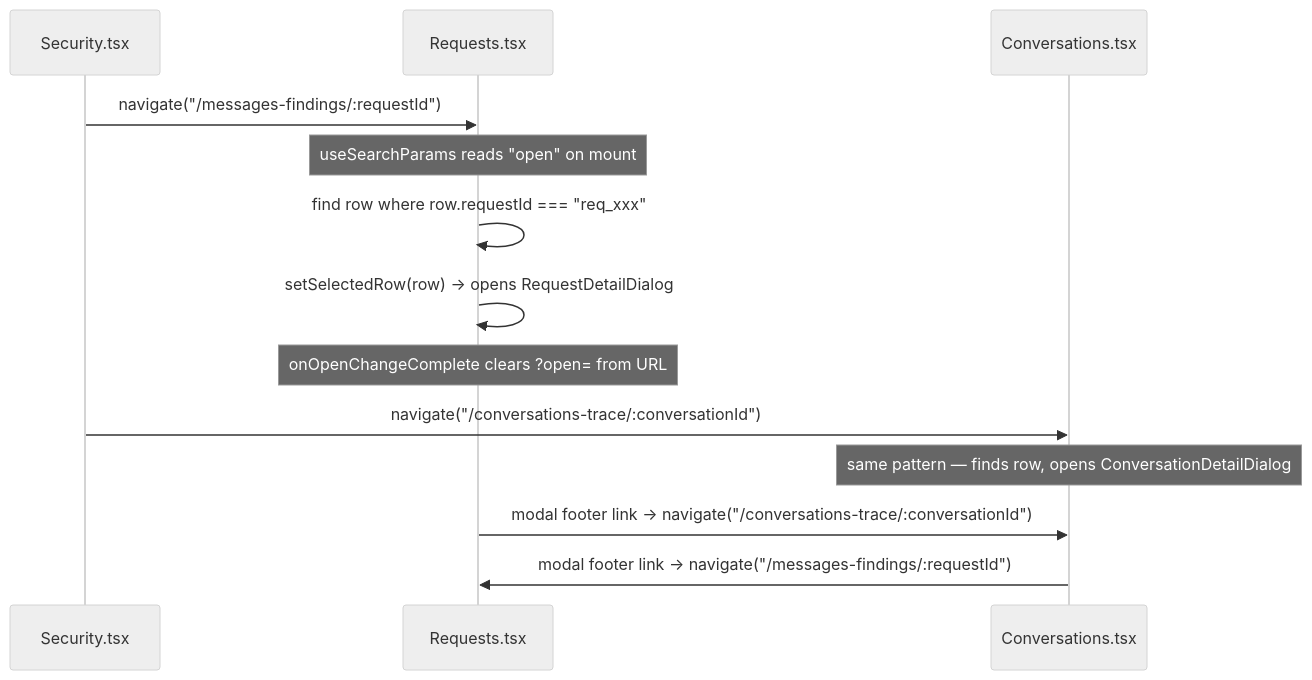
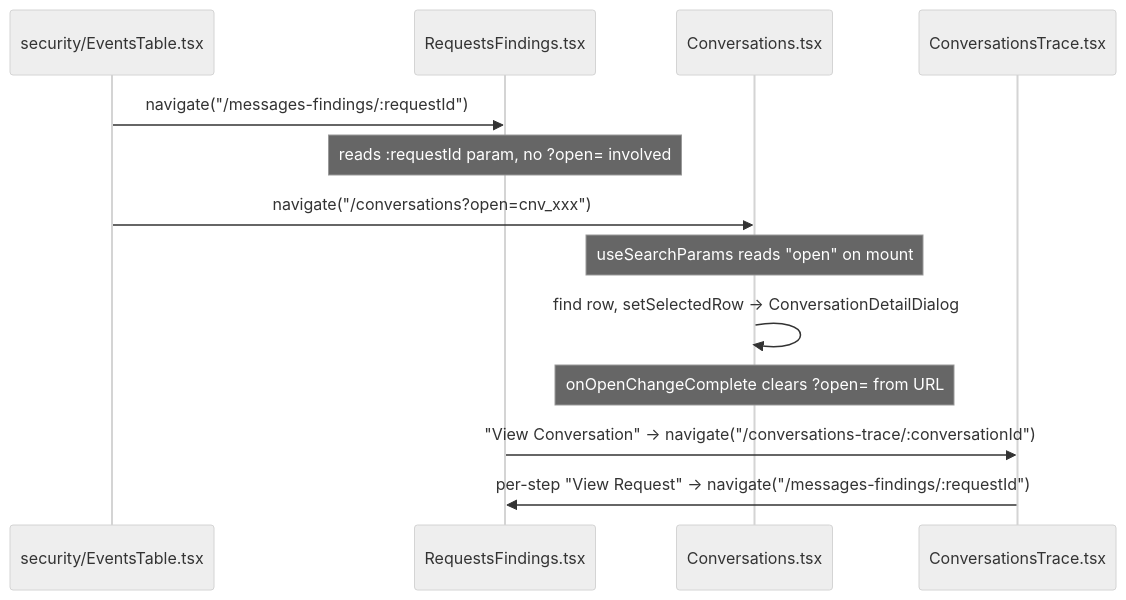
Before and after one commit to Neoneue/gate-ai-build: the third of 4 diagrams in data-model.md, drawn with Mermaid (neutral theme). The commit also changed other lines of this file, not shown here.

First line of the commit message:
docs(data-model): realign the architecture doc with the shipped code

````diff
--- a/data-model.md
+++ b/data-model.md
@@ -921,18 +971,18 @@
 ```mermaid
 sequenceDiagram
-    participant S as Security.tsx
-    participant R as Requests.tsx
+    participant S as security/EventsTable.tsx
+    participant RF as RequestsFindings.tsx
     participant C as Conversations.tsx
+    participant CT as ConversationsTrace.tsx
 
-    S->>R: navigate("/messages-findings/:requestId")
-    Note over R: useSearchParams reads "open" on mount
-    R->>R: find row where row.requestId === "req_xxx"
-    R->>R: setSelectedRow(row) → opens RequestDetailDialog
-    Note over R: onOpenChangeComplete clears ?open= from URL
+    S->>RF: navigate("/messages-findings/:requestId")
+    Note over RF: reads :requestId param, no ?open= involved
 
-    S->>C: navigate("/conversations-trace/:conversationId")
-    Note over C: same pattern — finds row, opens ConversationDetailDialog
+    S->>C: navigate("/conversations?open=cnv_xxx")
+    Note over C: useSearchParams reads "open" on mount
+    C->>C: find row, setSelectedRow → ConversationDetailDialog
+    Note over C: onOpenChangeComplete clears ?open= from URL
 
-    R->>C: modal footer link → navigate("/conversations-trace/:conversationId")
-    C->>R: modal footer link → navigate("/messages-findings/:requestId")
+    RF->>CT: "View Conversation" → navigate("/conversations-trace/:conversationId")
+    CT->>RF: per-step "View Request" → navigate("/messages-findings/:requestId")
 ```
````
